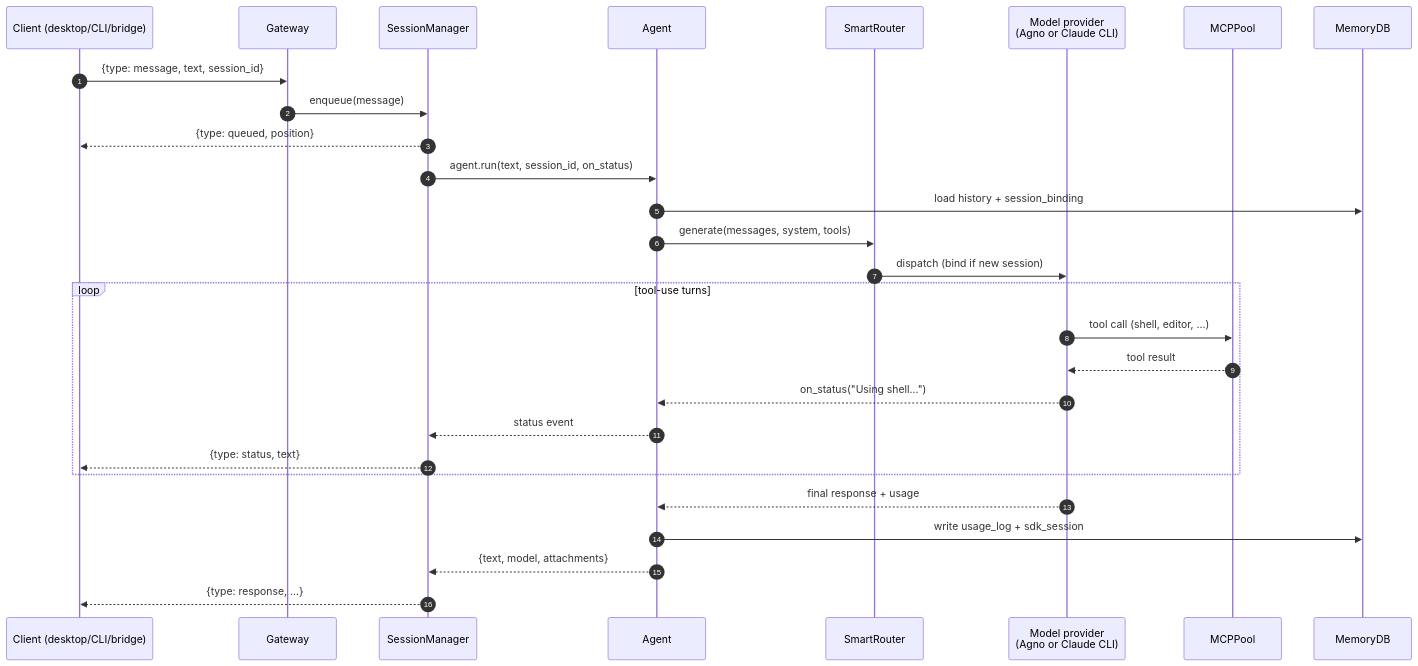
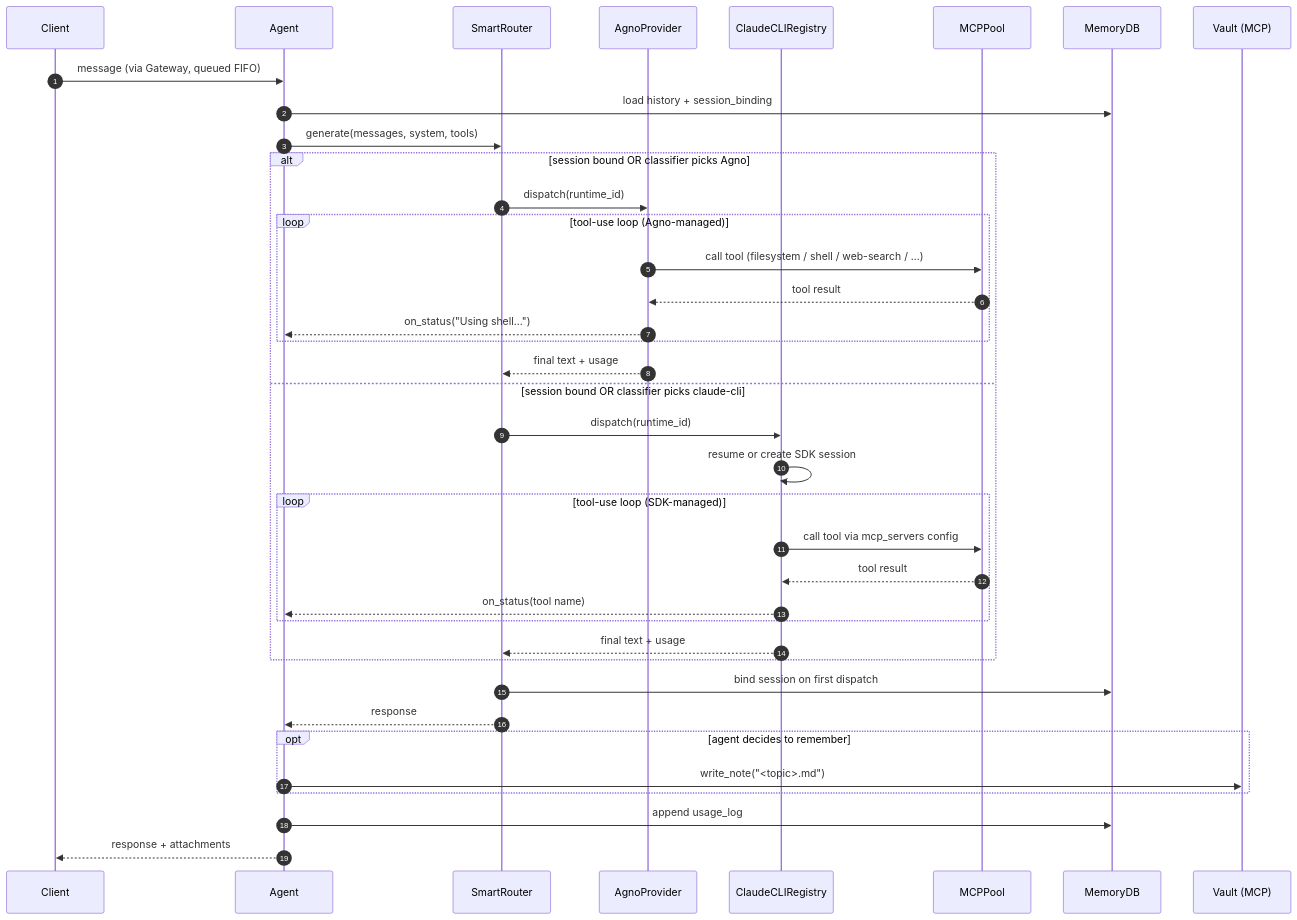
The second of 8 diagrams in guide/architecture.md (openagent-uno/openagent-docs), drawn with Mermaid before and after one commit. The commit also changed other lines of this file and 4 other files, not shown here.

First line of the commit message:
docs: split Gateway page out of architecture, expand architecture

````diff
--- a/guide/architecture.md
+++ b/guide/architecture.md
@@ -70,31 +79,43 @@
 ```mermaid
 sequenceDiagram
     autonumber
-    participant C as Client (desktop/CLI/bridge)
-    participant G as Gateway
-    participant S as SessionManager
+    participant C as Client
     participant A as Agent
     participant R as SmartRouter
-    participant M as Model provider<br/>(Agno or Claude CLI)
+    participant AG as AgnoProvider
+    participant CC as ClaudeCLIRegistry
     participant P as MCPPool
     participant DB as MemoryDB
+    participant V as Vault (MCP)
 
-    C->>G: {type: message, text, session_id}
-    G->>S: enqueue(message)
-    S-->>C: {type: queued, position}
-    S->>A: agent.run(text, session_id, on_status)
+    C->>A: message (via Gateway, queued FIFO)
     A->>DB: load history + session_binding
     A->>R: generate(messages, system, tools)
-    R->>M: dispatch (bind if new session)
-    loop tool-use turns
-        M->>P: tool call (shell, editor, …)
-        P-->>M: tool result
-        M-->>A: on_status("Using shell…")
-        A-->>S: status event
-        S-->>C: {type: status, text}
+
+    alt session bound OR classifier picks Agno
+        R->>AG: dispatch(runtime_id)
+        loop tool-use loop (Agno-managed)
+            AG->>P: call tool (filesystem / shell / web-search / …)
+            P-->>AG: tool result
+            AG-->>A: on_status("Using shell…")
+        end
+        AG-->>R: final text + usage
+    else session bound OR classifier picks claude-cli
+        R->>CC: dispatch(runtime_id)
+        CC->>CC: resume or create SDK session
+        loop tool-use loop (SDK-managed)
+            CC->>P: call tool via mcp_servers config
+            P-->>CC: tool result
+            CC-->>A: on_status(tool name)
+        end
+        CC-->>R: final text + usage
     end
-    M-->>A: final response + usage
-    A->>DB: write usage_log + sdk_session
-    A-->>S: {text, model, attachments}
-    S-->>C: {type: response, …}
+
+    R->>DB: bind session on first dispatch
+    R-->>A: response
+    opt agent decides to remember
+        A->>V: write_note("<topic>.md")
+    end
+    A->>DB: append usage_log
+    A-->>C: response + attachments
 ```
````
